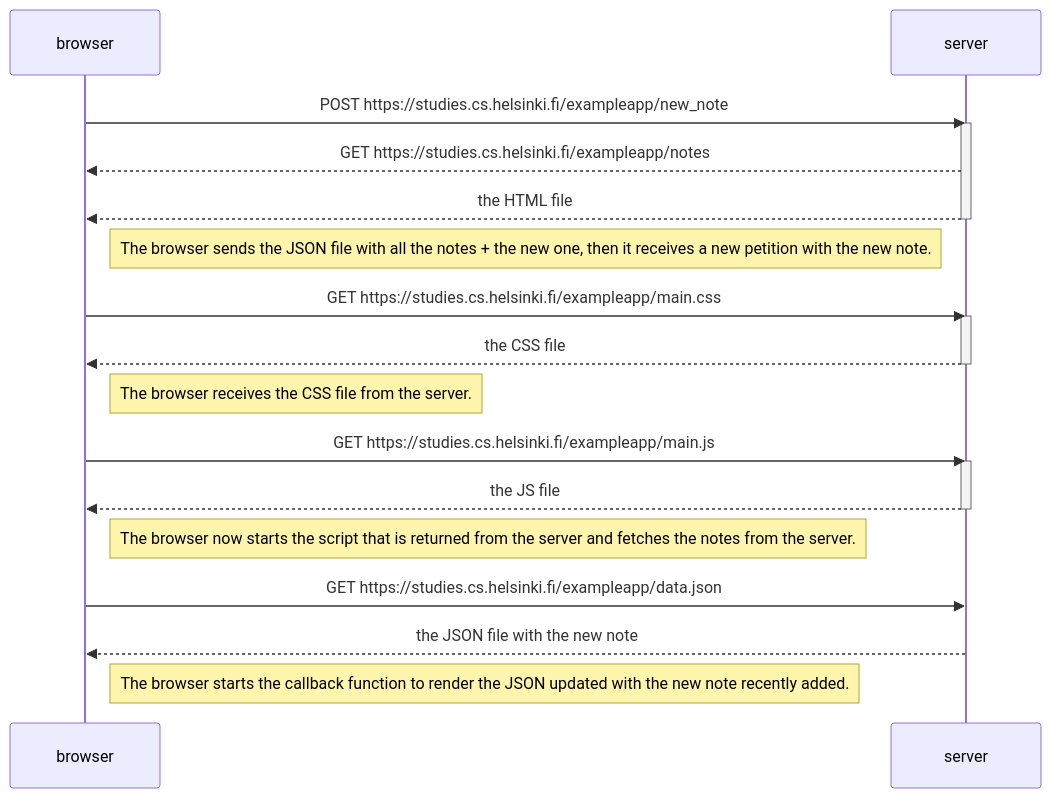
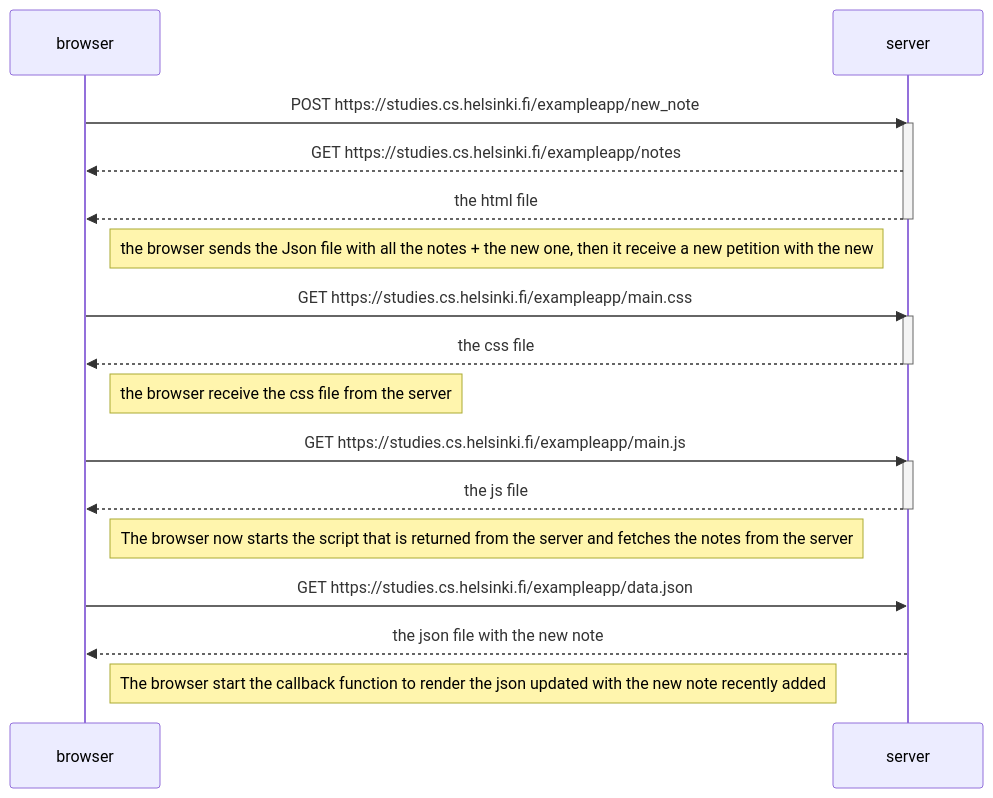
The diagram in part-0/new-note-diagram.md (radsylph/full-stack-open), drawn with Mermaid before and after one commit.

Commit message:
feat: completed exercise 0.4

````diff
--- a/part-0/new-note-diagram.md
+++ b/part-0/new-note-diagram.md
@@ -1,32 +1,32 @@
 ```mermaid
 sequenceDiagram
     participant browser
     participant server
 
     browser->>server: POST https://studies.cs.helsinki.fi/exampleapp/new_note
-    activate server
+    activate server 
     server-->>browser: GET https://studies.cs.helsinki.fi/exampleapp/notes
-    server-->>browser: the HTML file
+    server-->>browser: the html file 
     deactivate server
 
-    Note right of browser: The browser sends the JSON file with all the notes + the new one, then it receives a new petition with the new note.
+    Note right of browser: the browser sends the Json file with all the notes + the new one, then it receive a new petition with the new 
 
     browser->>server: GET https://studies.cs.helsinki.fi/exampleapp/main.css
     activate server
-    server-->>browser: the CSS file
+    server-->>browser: the css file
     deactivate server
 
-    Note right of browser: The browser receives the CSS file from the server.
+    Note right of browser: the browser receive the css file from the server
 
     browser->>server: GET https://studies.cs.helsinki.fi/exampleapp/main.js
     activate server
-    server-->>browser: the JS file
+    server-->>browser: the js file
     deactivate server
 
-    Note right of browser: The browser now starts the script that is returned from the server and fetches the notes from the server.
+    Note right of browser: The browser now starts the script that is returned from the server and fetches the notes from the server
 
     browser->>server: GET https://studies.cs.helsinki.fi/exampleapp/data.json
-    server-->>browser: the JSON file with the new note
+    server-->>browser: the json file with the new note
 
-    Note right of browser: The browser starts the callback function to render the JSON updated with the new note recently added.
+    Note right of browser: The browser start the callback function to render the json updated with the new note recently added
 ```
````
